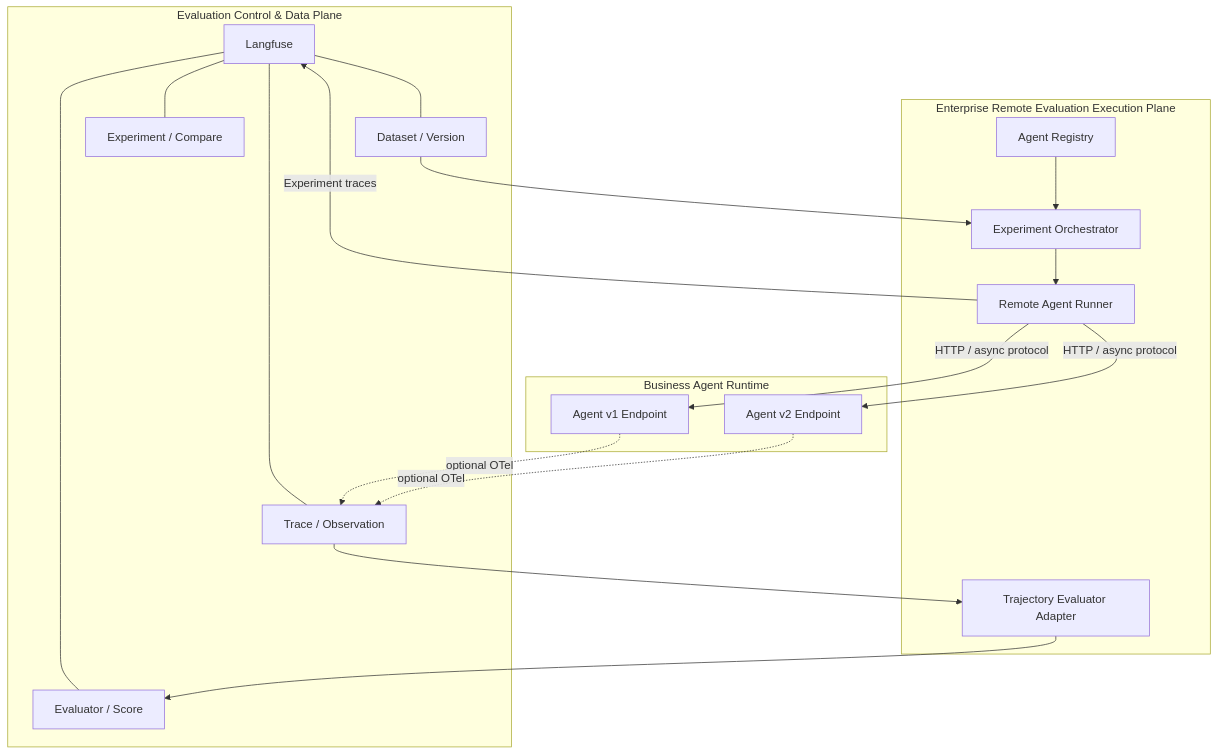
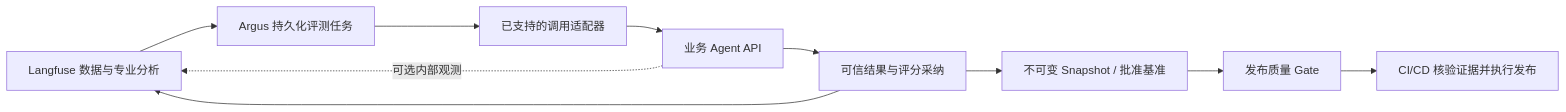
The first of 4 diagrams in TECHNICAL_DESIGN.md (miniceM/Argus), drawn with Mermaid before and after one commit. The commit also changed other lines of this file and 52 other files, not shown here.

````diff
--- a/TECHNICAL_DESIGN.md
+++ b/TECHNICAL_DESIGN.md
@@ -145,36 +112,12 @@
 ```mermaid
-flowchart TB
-    subgraph CP[Evaluation Control & Data Plane]
-        LF[Langfuse]
-        DS[Dataset / Version]
-        EV[Evaluator / Score]
-        EX[Experiment / Compare]
-        TR[Trace / Observation]
-        LF --- DS
-        LF --- EV
-        LF --- EX
-        LF --- TR
-    end
-
-    subgraph EP[Enterprise Remote Evaluation Execution Plane]
-        AR[Agent Registry]
-        AO[Experiment Orchestrator]
-        RR[Remote Agent Runner]
-        TA[Trajectory Evaluator Adapter]
-        AR --> AO --> RR
-        TA --> EV
-    end
-
-    subgraph AG[Business Agent Runtime]
-        V1[Agent v1 Endpoint]
-        V2[Agent v2 Endpoint]
-    end
-
-    DS --> AO
-    RR -->|HTTP / async protocol| V1
-    RR -->|HTTP / async protocol| V2
-    RR -->|Experiment traces| LF
-    V1 -. optional OTel .-> TR
-    V2 -. optional OTel .-> TR
-    TR --> TA
+flowchart LR
+    LF[Langfuse 数据与专业分析] --> AO[Argus 持久化评测任务]
+    AO --> RR[已支持的调用适配器]
+    RR --> AG[业务 Agent API]
+    AG --> ER[可信结果与评分采纳]
+    ER --> SS[不可变 Snapshot / 批准基准]
+    SS --> GT[发布质量 Gate]
+    GT --> CI[CI/CD 核验证据并执行发布]
+    ER --> LF
+    AG -. 可选内部观测 .-> LF
 ```
````
